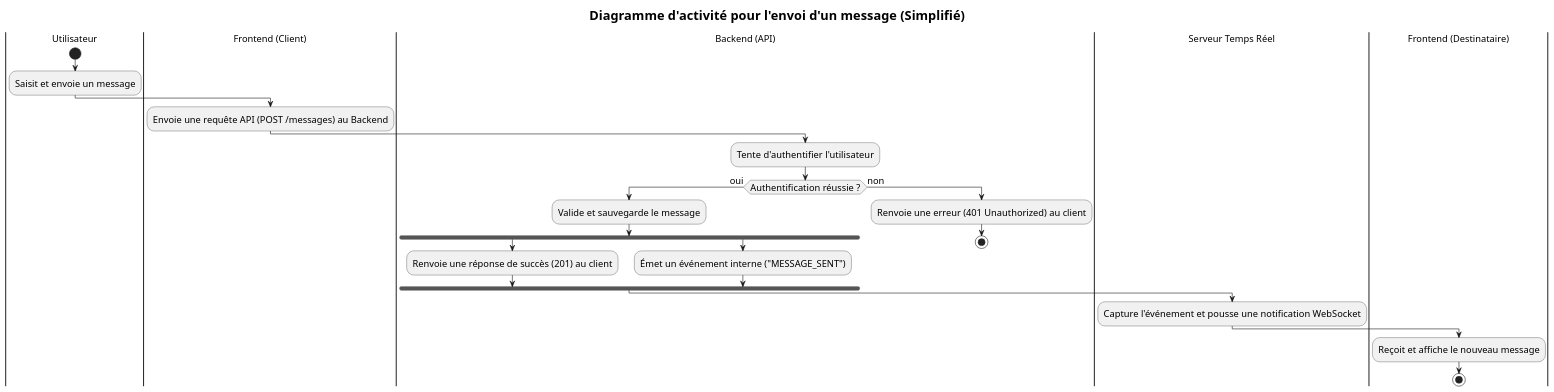
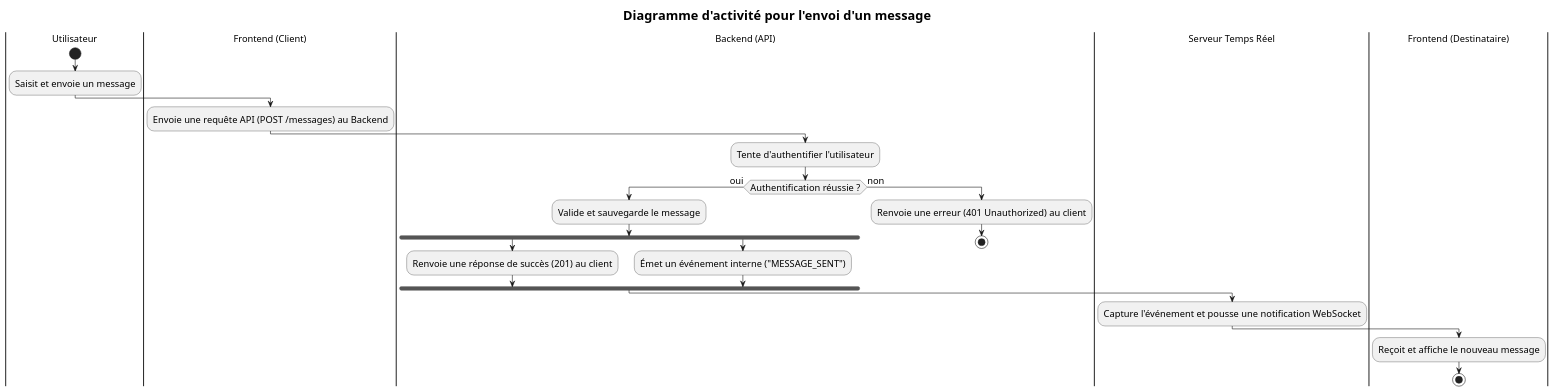
The diagram in Diagrams/Activity-Diagrams/01-Message-Sending.puml (YetochariYeoTech/Social_Network_App), drawn with PlantUML before and after one commit. The commit also changed 9 other files, not shown here.

Commit message:
Schema UML complets.

```diff
--- a/Diagrams/Activity-Diagrams/01-Message-Sending.puml
+++ b/Diagrams/Activity-Diagrams/01-Message-Sending.puml
@@ -1,36 +1,36 @@
 @startuml
-title Diagramme d'activité pour l'envoi d'un message (Simplifié)
+title Diagramme d'activité pour l'envoi d'un message
 
 skinparam titleFontSize 22
 skinparam defaultFontSize 16
 skinparam defaultFontStyle bold
 
 |Utilisateur|
 start
 :Saisit et envoie un message;
 
 |Frontend (Client)|
 :Envoie une requête API (POST /messages) au Backend;
 
 |Backend (API)|
 :Tente d'authentifier l'utilisateur;
 if (Authentification réussie ?) then (oui)
   :Valide et sauvegarde le message;
   fork
     :Renvoie une réponse de succès (201) au client;
   fork again
     :Émet un événement interne ("MESSAGE_SENT");
   end fork
 else (non)
   :Renvoie une erreur (401 Unauthorized) au client;
   stop
 endif
 
 |Serveur Temps Réel|
 :Capture l'événement et pousse une notification WebSocket;
 
 |Frontend (Destinataire)|
 :Reçoit et affiche le nouveau message;
 stop
 
 @enduml
```
